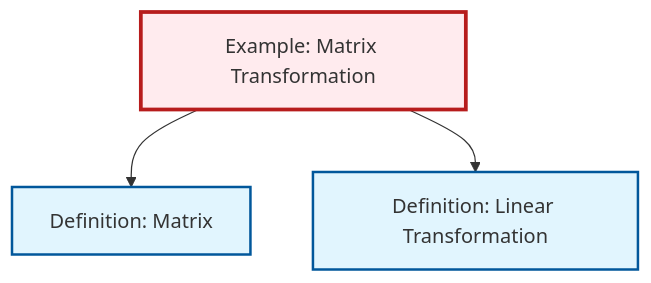
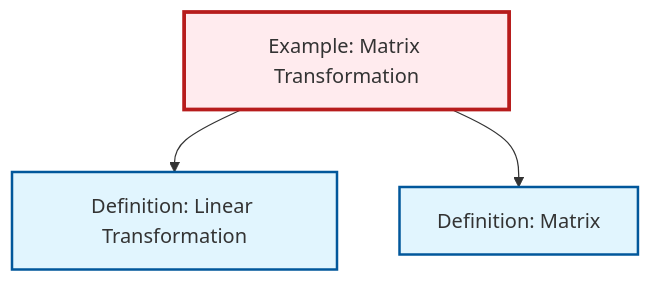
Before and after one commit to RK0429/ModernMath: the diagram in output/mermaid/ex-matrix-transformation.mermaid, drawn with Mermaid. The commit also changed other lines of this file and 1118 other files, not shown here.

````diff
--- a/output/mermaid/ex-matrix-transformation.mermaid
+++ b/output/mermaid/ex-matrix-transformation.mermaid
@@ -1,15 +1,15 @@
 ```{mermaid}
 %%| fig-cap: "Local dependency graph"
 graph TD
     classDef definition fill:#e1f5fe,stroke:#01579b,stroke-width:2px
     classDef theorem fill:#f3e5f5,stroke:#4a148c,stroke-width:2px
     classDef axiom fill:#fff3e0,stroke:#e65100,stroke-width:2px
     classDef example fill:#e8f5e9,stroke:#1b5e20,stroke-width:2px
     classDef current fill:#ffebee,stroke:#b71c1c,stroke-width:3px
-    def-matrix["Definition: Matrix"]:::definition
     def-linear-transformation["Definition: Linear Transformation"]:::definition
     ex-matrix-transformation["Example: Matrix Transformation"]:::example
+    def-matrix["Definition: Matrix"]:::definition
+    ex-matrix-transformation --> def-linear-transformation
     ex-matrix-transformation --> def-matrix
-    ex-matrix-transformation --> def-linear-transformation
     class ex-matrix-transformation current
 ```
````
